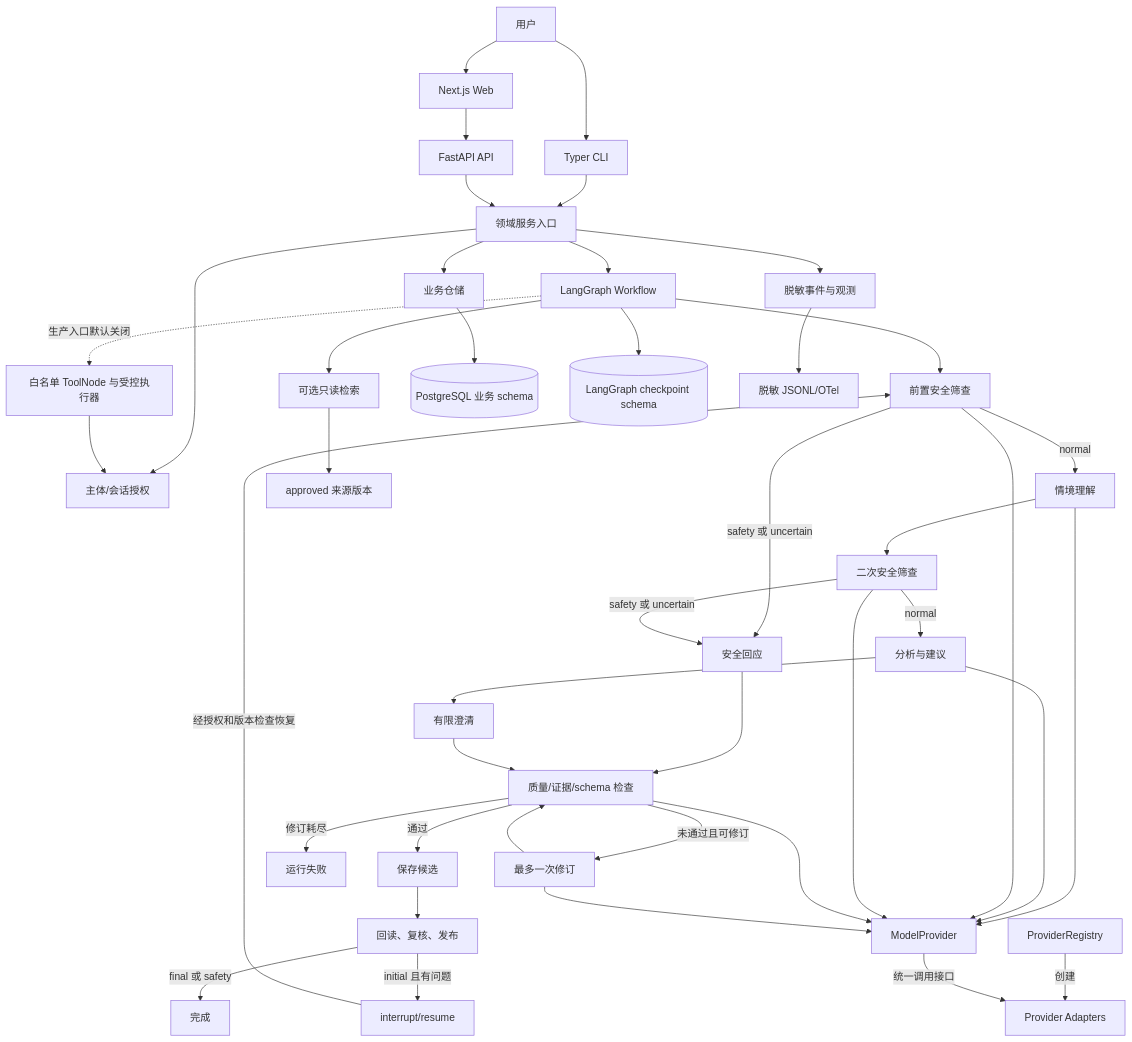
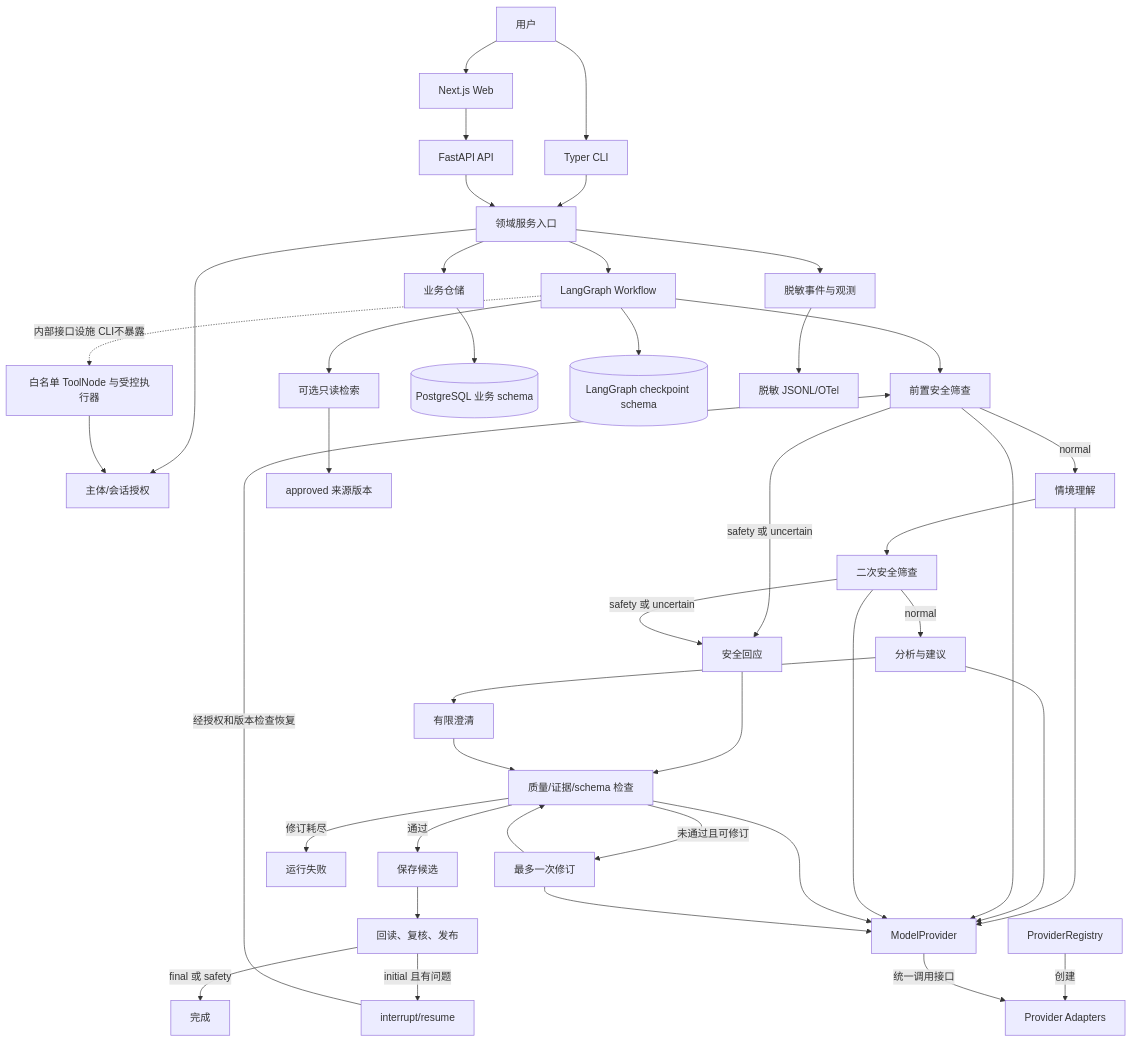
One commit to suberking0212/emora-agent changed the first of 3 diagrams in doc/C端开发/工程设计说明.md. Above: the diagram before and after it, drawn with Mermaid. The commit also changed other lines of this file and 3 other files, not shown here.

````diff
--- a/doc/C端开发/工程设计说明.md
+++ b/doc/C端开发/工程设计说明.md
@@ -531,44 +533,44 @@
 ```mermaid
 flowchart TB
     U[用户] --> CLI[Typer CLI]
     U --> WEB[Next.js Web]
     CLI --> SVC[领域服务入口]
     WEB --> API[FastAPI API]
     API --> SVC
     SVC --> WF[LangGraph Workflow]
     SVC --> AUTH[主体/会话授权]
     SVC --> REPO[业务仓储]
     SVC --> OBS[脱敏事件与观测]
     WF --> PRE[前置安全筛查]
     PRE -->|normal| CTX[情境理解]
     PRE -->|safety 或 uncertain| SAFE[安全回应]
     CTX --> POST[二次安全筛查]
     POST -->|safety 或 uncertain| SAFE
     POST -->|normal| ANALYZE[分析与建议]
     ANALYZE --> CLARIFY[有限澄清]
     SAFE --> REVIEW[质量/证据/schema 检查]
     CLARIFY --> REVIEW
     REVIEW -->|未通过且可修订| REVISE[最多一次修订]
     REVIEW -->|修订耗尽| FAILED[运行失败]
     REVISE --> REVIEW
     REVIEW -->|通过| PERSIST[保存候选]
     PERSIST --> FINALIZE[回读、复核、发布]
     FINALIZE -->|initial 且有问题| INTERRUPT[interrupt/resume]
     FINALIZE -->|final 或 safety| DONE[完成]
     INTERRUPT -->|经授权和版本检查恢复| PRE
     CTX --> MODEL[ModelProvider]
     ANALYZE --> MODEL
     PRE --> MODEL
     POST --> MODEL
     REVIEW --> MODEL
     REVISE --> MODEL
-    WF -. 生产入口默认关闭 .-> TOOLS[白名单 ToolNode 与受控执行器]
+    WF -. 内部接口设施 CLI不暴露 .-> TOOLS[白名单 ToolNode 与受控执行器]
     TOOLS --> AUTH
     REG[ProviderRegistry] -->|创建| ADAPTER[Provider Adapters]
     MODEL -->|统一调用接口| ADAPTER
     WF --> RETRIEVAL[可选只读检索]
     RETRIEVAL --> SOURCES[approved 来源版本]
     REPO --> PG[(PostgreSQL 业务 schema)]
     WF --> CP[(LangGraph checkpoint schema)]
     OBS --> EVENTS[脱敏 JSONL/OTel]
 ```
````
